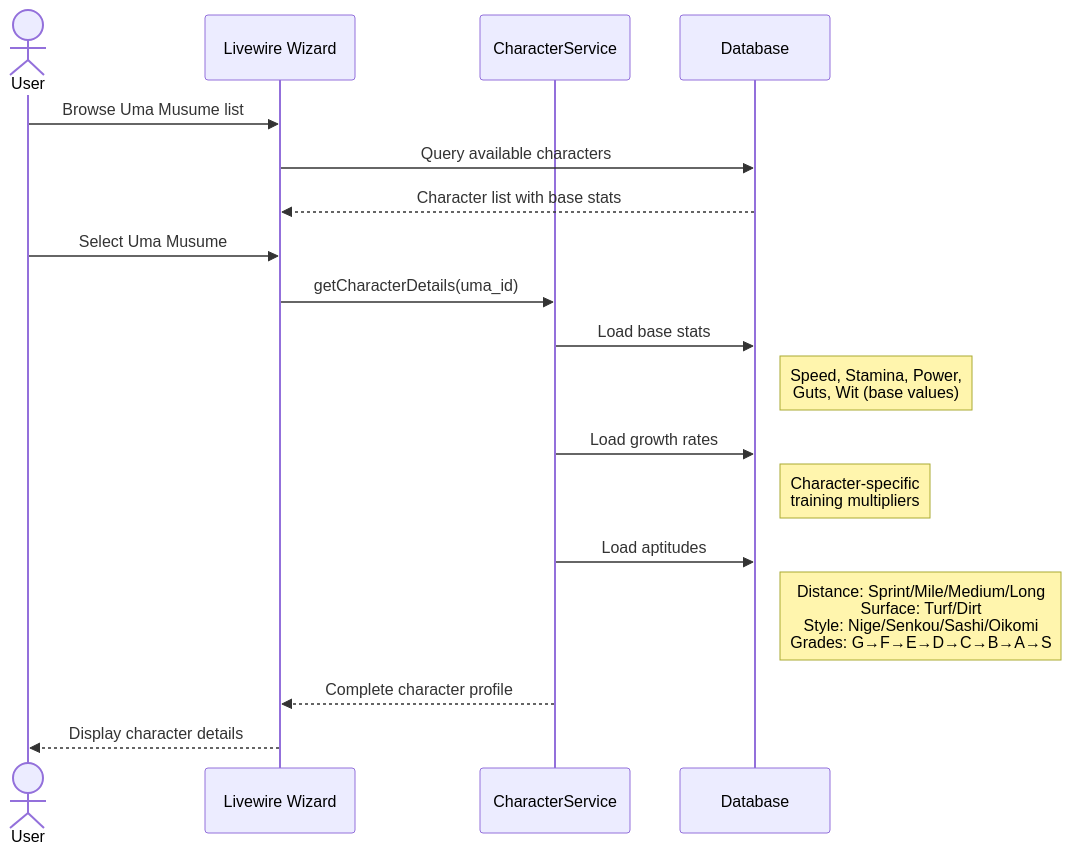
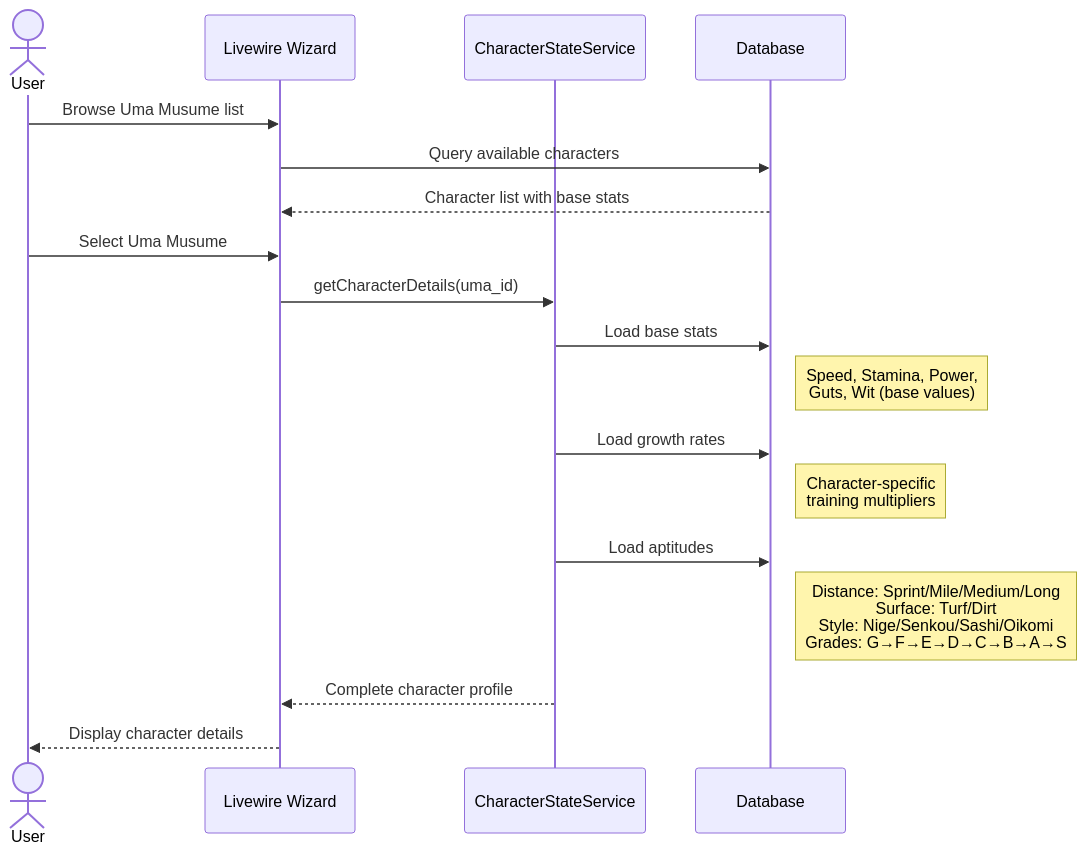
The second of 4 diagrams in docs/01-sequences/SEQ-001_Character_Creation_Sequence.md (exatfrds67/umamusume-career-planner), drawn with Mermaid before and after one commit. The commit also changed other lines of this file and 111 other files, not shown here.

````diff
--- a/docs/01-sequences/SEQ-001_Character_Creation_Sequence.md
+++ b/docs/01-sequences/SEQ-001_Character_Creation_Sequence.md
@@ -237,26 +237,26 @@
 ```mermaid
 sequenceDiagram
     actor User
     participant UI as Livewire Wizard
-    participant CharSvc as CharacterService
+    participant CharSvc as CharacterStateService
     participant DB as Database
 
     User->>UI: Browse Uma Musume list
     UI->>DB: Query available characters
     DB-->>UI: Character list with base stats
     
     User->>UI: Select Uma Musume
     UI->>CharSvc: getCharacterDetails(uma_id)
     
     CharSvc->>DB: Load base stats
     Note right of DB: Speed, Stamina, Power,<br/>Guts, Wit (base values)
     
     CharSvc->>DB: Load growth rates
     Note right of DB: Character-specific<br/>training multipliers
     
     CharSvc->>DB: Load aptitudes
     Note right of DB: Distance: Sprint/Mile/Medium/Long<br/>Surface: Turf/Dirt<br/>Style: Nige/Senkou/Sashi/Oikomi<br/>Grades: G→F→E→D→C→B→A→S
     
     CharSvc-->>UI: Complete character profile
     UI-->>User: Display character details
 ```
````
